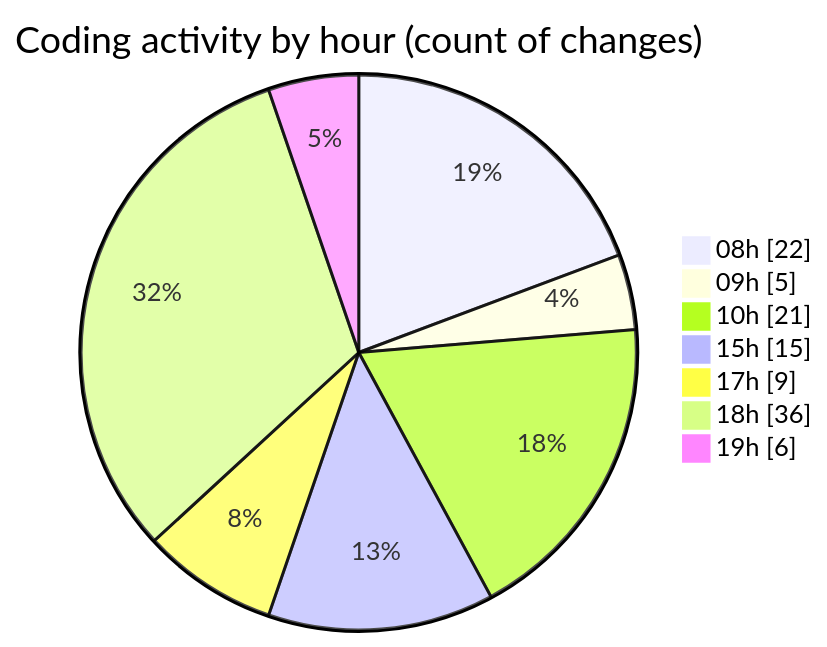
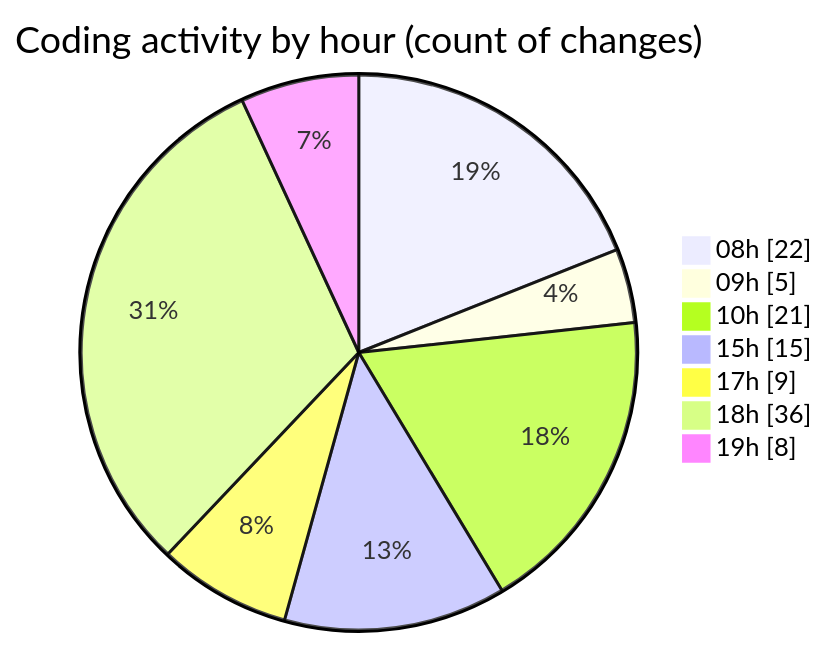
The second of 2 diagrams in 2025-02-17/mbc-web/README.md (robertbonfada/code-tracking), drawn with Mermaid before and after one commit. The commit also changed other lines of this file and 1 other file, not shown here.

````diff
--- a/2025-02-17/mbc-web/README.md
+++ b/2025-02-17/mbc-web/README.md
@@ -48,11 +48,11 @@
 ```mermaid
 pie showData
 title Coding activity by hour (count of changes)
 "08h" : 22
 "09h" : 5
 "10h" : 21
 "15h" : 15
 "17h" : 9
 "18h" : 36
-"19h" : 6
+"19h" : 8
 ```
````
